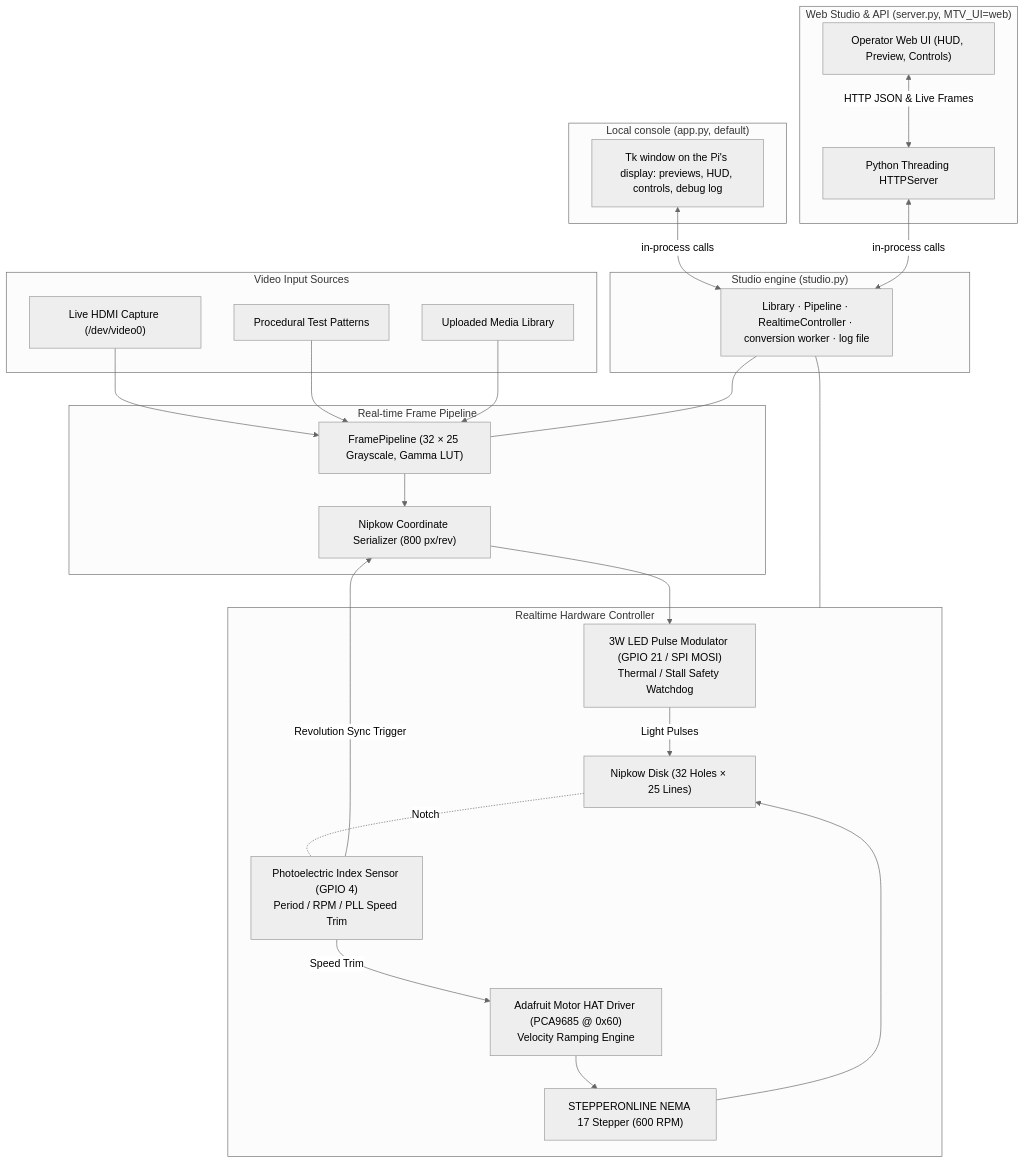
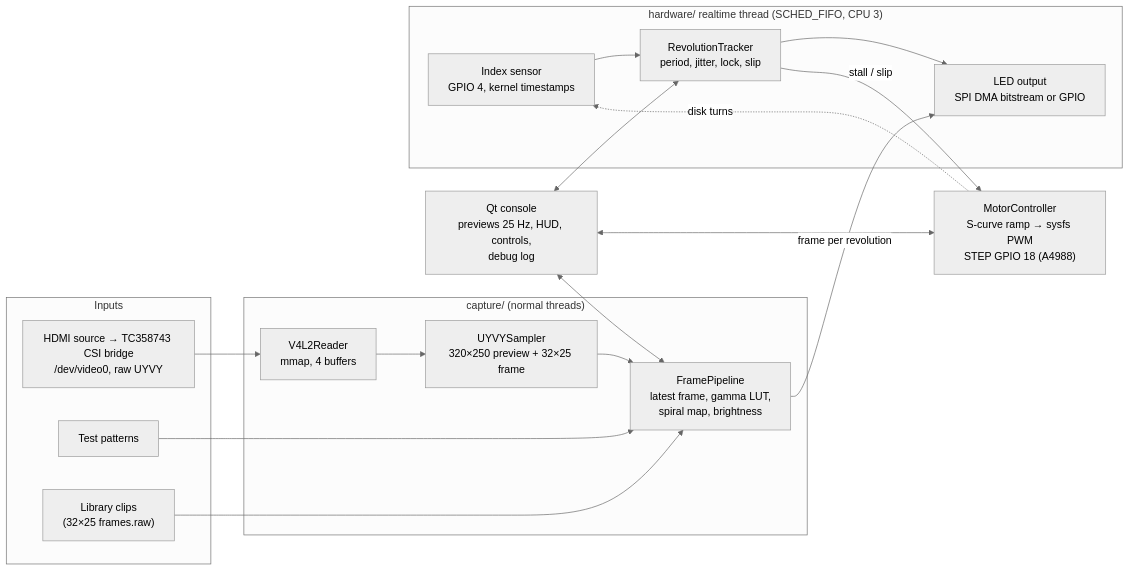
One commit to andrewfrangella/mechanicaltv changed the diagram in docs/ARCHITECTURE.md. Above: the diagram before and after it, drawn with Mermaid (neutral theme). The commit also changed other lines of this file and 124 other files, not shown here.

````diff
--- a/docs/ARCHITECTURE.md
+++ b/docs/ARCHITECTURE.md
@@ -5,52 +8,30 @@
 ```mermaid
-flowchart TD
-  subgraph Inputs ["Video Input Sources"]
-    HDMI["Live HDMI Capture (/dev/video0)"]
-    Patterns["Procedural Test Patterns"]
-    LibraryClips["Uploaded Media Library"]
+flowchart LR
+  subgraph Inputs
+    HDMI["HDMI source → TC358743 CSI bridge\n/dev/video0, raw UYVY"]
+    Patterns["Test patterns"]
+    Clips["Library clips\n(32×25 frames.raw)"]
   end
-
-  subgraph Pipeline ["Real-time Frame Pipeline"]
-    FramePipeline["FramePipeline (32 × 25 Grayscale, Gamma LUT)"]
-    NipkowMapper["Nipkow Coordinate Serializer (800 px/rev)"]
+  subgraph Capture["capture/ (normal threads)"]
+    Reader["V4L2Reader\nmmap, 4 buffers"]
+    Sampler["UYVYSampler\n320×250 preview + 32×25 frame"]
+    Pipeline["FramePipeline\nlatest frame, gamma LUT,\nspiral map, brightness"]
   end
-
-  subgraph HardwareEngine ["Realtime Hardware Controller"]
-    MotorController["Adafruit Motor HAT Driver (PCA9685 @ 0x60)\nVelocity Ramping Engine"]
-    NEMA17["STEPPERONLINE NEMA 17 Stepper (600 RPM)"]
-    Disk["Nipkow Disk (32 Holes × 25 Lines)"]
-    OptoSensor["Photoelectric Index Sensor (GPIO 4)\nPeriod / RPM / PLL Speed Trim"]
-    LEDModulator["3W LED Pulse Modulator (GPIO 21 / SPI MOSI)\nThermal / Stall Safety Watchdog"]
+  subgraph RT["hardware/ realtime thread (SCHED_FIFO, CPU 3)"]
+    Index["Index sensor\nGPIO 4, kernel timestamps"]
+    Tracker["RevolutionTracker\nperiod, jitter, lock, slip"]
+    LED["LED output\nSPI DMA bitstream or GPIO"]
   end
-
-  subgraph Studio ["Studio engine (studio.py)"]
-    Engine["Library · Pipeline · RealtimeController · conversion worker · log file"]
-  end
-
-  subgraph Console ["Local console (app.py, default)"]
-    Tk["Tk window on the Pi's display: previews, HUD, controls, debug log"]
-  end
-
-  subgraph WebApp ["Web Studio & API (server.py, MTV_UI=web)"]
-    HTTP["Python Threading HTTPServer"]
-    Browser["Operator Web UI (HUD, Preview, Controls)"]
-  end
-
-  HDMI --> FramePipeline
-  Patterns --> FramePipeline
-  LibraryClips --> FramePipeline
-  FramePipeline --> NipkowMapper
-
-  MotorController --> NEMA17 --> Disk
-  Disk -. Notch .- OptoSensor
-  OptoSensor -->|Revolution Sync Trigger| NipkowMapper
-  OptoSensor -->|Speed Trim| MotorController
-  NipkowMapper --> LEDModulator
-  LEDModulator -->|Light Pulses| Disk
-
-  Engine --- FramePipeline
-  Engine --- HardwareEngine
-  Tk <-->|in-process calls| Engine
-  HTTP <-->|in-process calls| Engine
-  Browser <-->|HTTP JSON & Live Frames| HTTP
+  Motor["MotorController\nS-curve ramp → sysfs PWM\nSTEP GPIO 18 (A4988)"]
+  UI["Qt console\npreviews 25 Hz, HUD, controls,\ndebug log"]
+  HDMI --> Reader --> Sampler --> Pipeline
+  Patterns --> Pipeline
+  Clips --> Pipeline
+  Index --> Tracker --> LED
+  Pipeline -- "frame per revolution" --> LED
+  Motor -. "disk turns" .-> Index
+  Tracker -- "stall / slip" --> Motor
+  UI <--> Pipeline
+  UI <--> Motor
+  UI <--> Tracker
 ```
````
